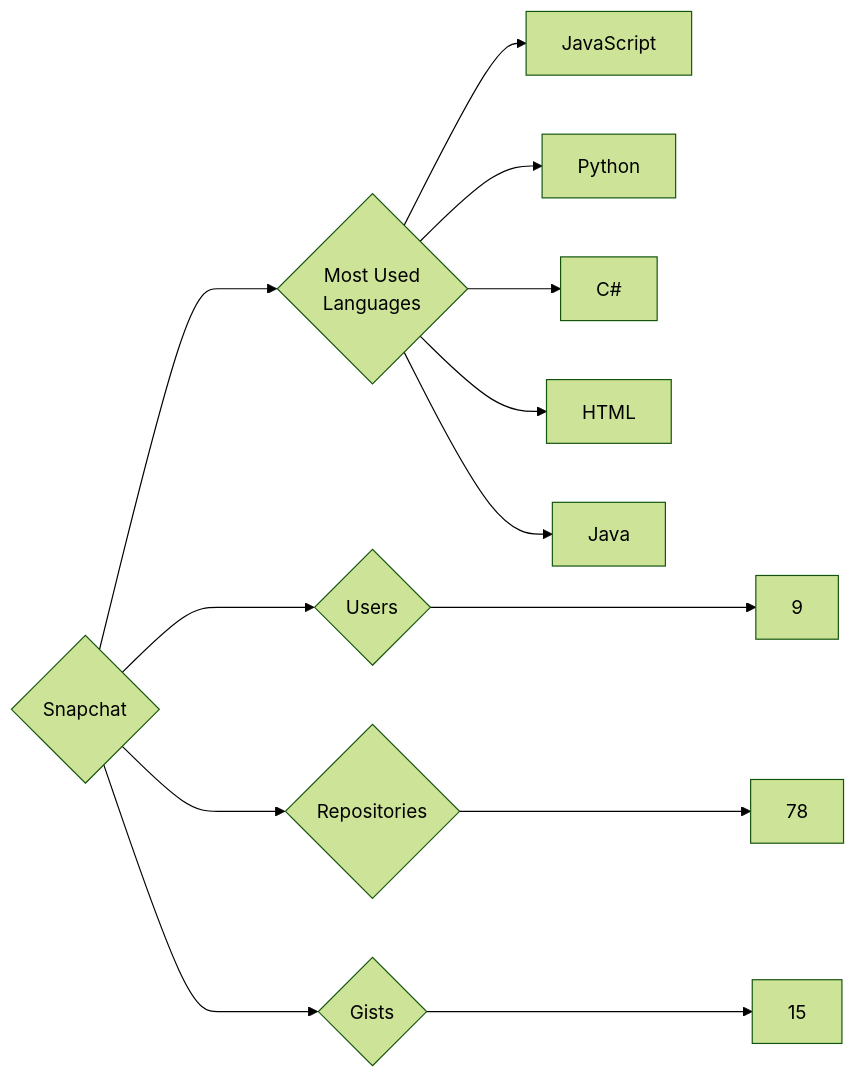
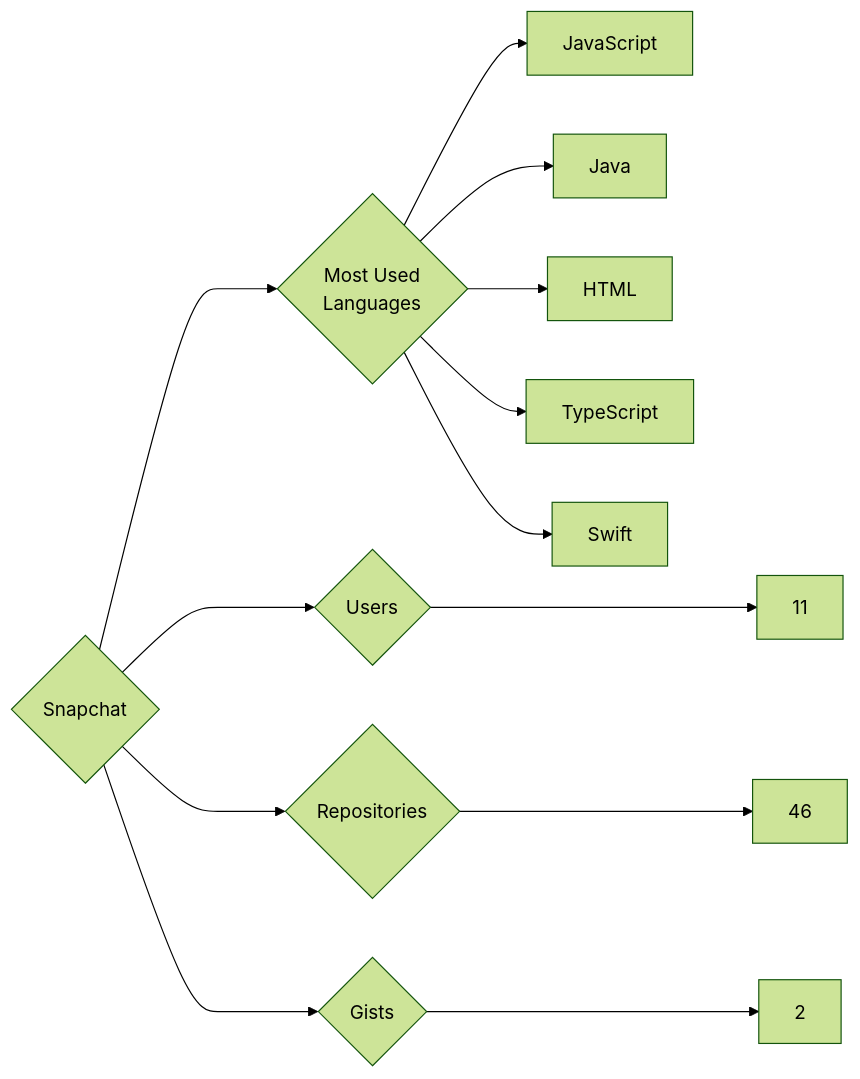
Before and after one commit to trickest/insiders: the diagram in targets/Snapchat/README.md, drawn with Mermaid (forest theme). The commit also changed 1508 other files, not shown here.

````diff
--- a/targets/Snapchat/README.md
+++ b/targets/Snapchat/README.md
@@ -3,13 +3,13 @@
 ```mermaid
 graph LR
 COMPANY_NAME{Snapchat}
-COMPANY_NAME ---> U{Users} ---> UN[9]
-COMPANY_NAME ---> R{Repositories} ---> RN[78]
-COMPANY_NAME ---> G{Gists} ---> GN[15]
+COMPANY_NAME ---> U{Users} ---> UN[11]
+COMPANY_NAME ---> R{Repositories} ---> RN[46]
+COMPANY_NAME ---> G{Gists} ---> GN[2]
 COMPANY_NAME ---> ML{Most Used<br>Languages}
 ML --> JavaScript[JavaScript]
-ML --> Python[Python]
-ML --> C#[C#]
+ML --> Java[Java]
 ML --> HTML[HTML]
-ML --> Java[Java]
+ML --> TypeScript[TypeScript]
+ML --> Swift[Swift]
 ```
````
